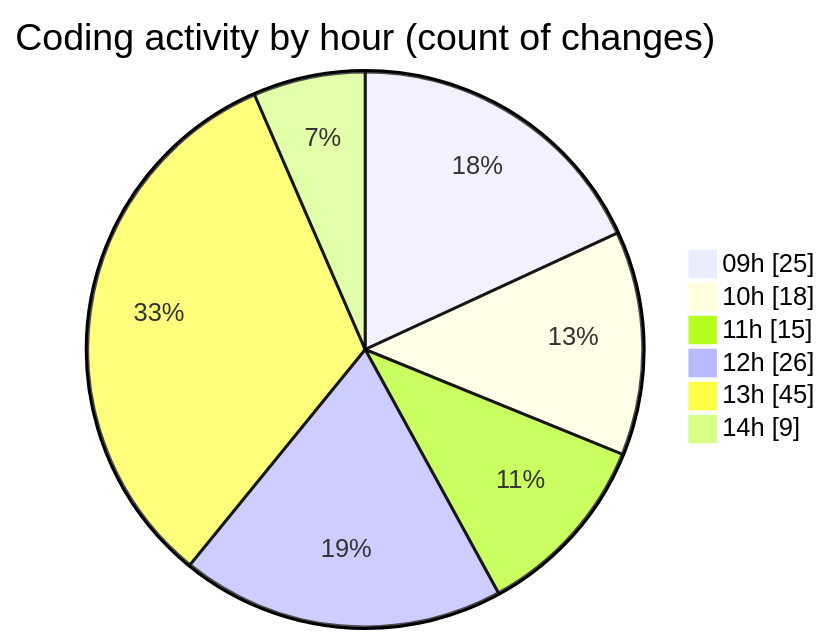
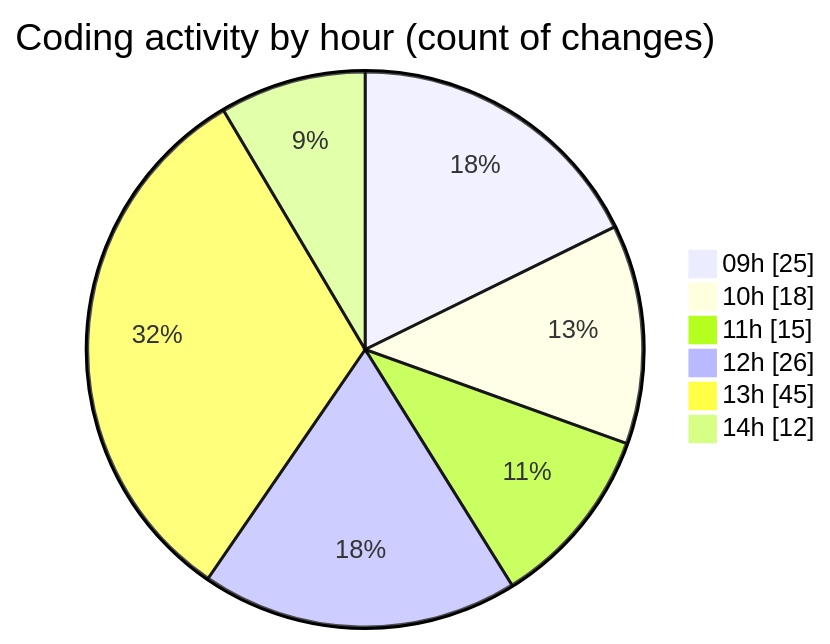
One commit to momahboobian/code-tracking changed the second of 2 diagrams in 2025-03-13/cda/README.md. Above: the diagram before and after it, drawn with Mermaid. The commit also changed other lines of this file and 1 other file, not shown here.

````diff
--- a/2025-03-13/cda/README.md
+++ b/2025-03-13/cda/README.md
@@ -42,10 +42,10 @@
 ```mermaid
 pie showData
 title Coding activity by hour (count of changes)
 "09h" : 25
 "10h" : 18
 "11h" : 15
 "12h" : 26
 "13h" : 45
-"14h" : 9
+"14h" : 12
 ```
````
